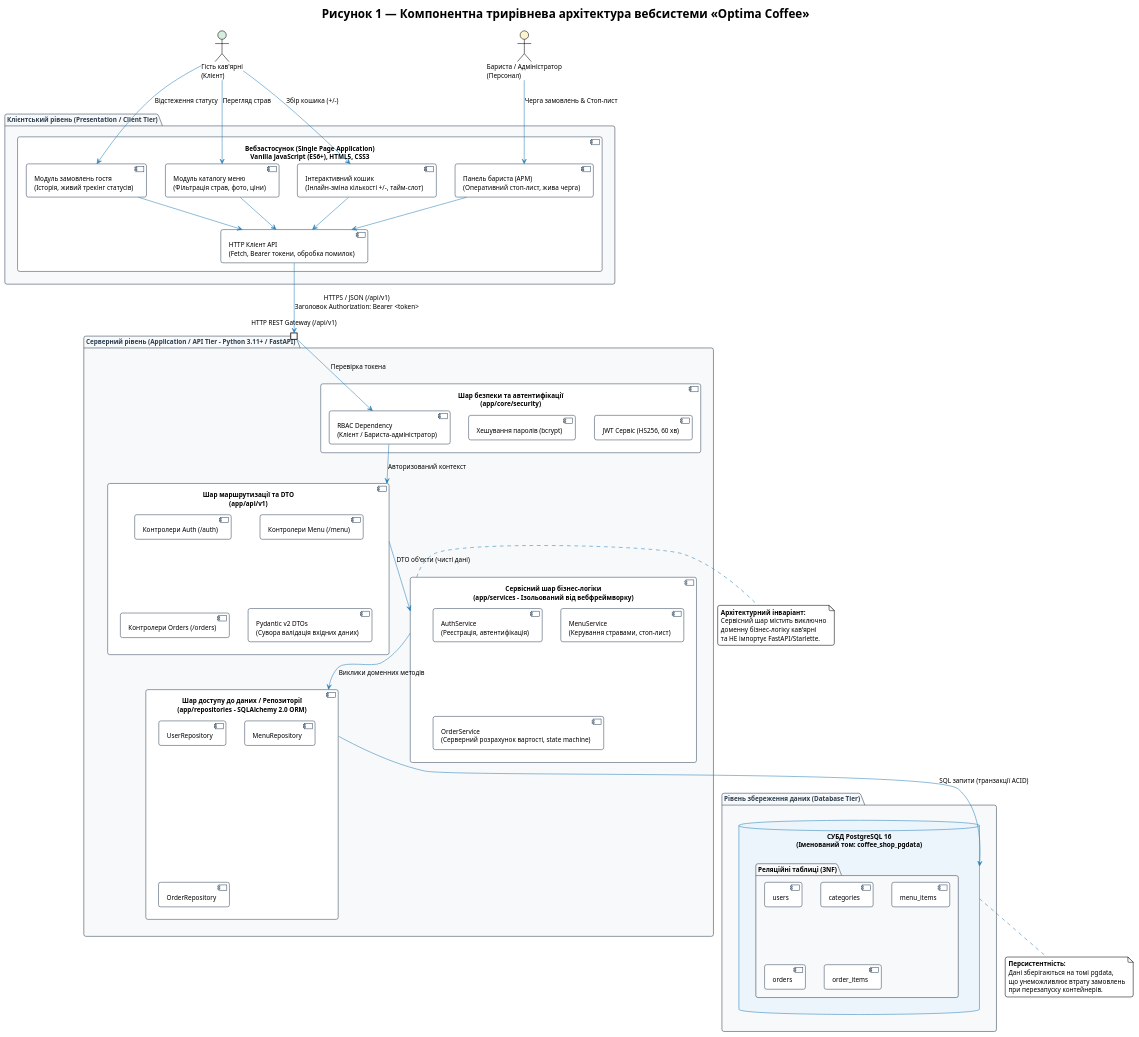
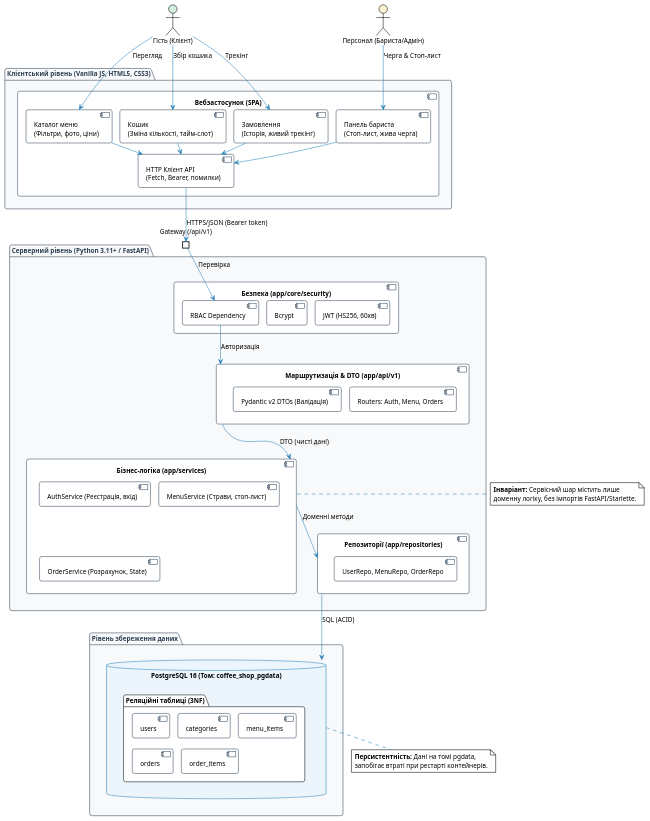
The diagram in project/docs/architecture.puml (anatolii-dotsenko/optima-practice), drawn with PlantUML before and after one commit. The commit also changed 1 other file, not shown here.

Commit message:
refactor: compact notation and clean up PlantUML diagrams

```diff
--- a/project/docs/architecture.puml
+++ b/project/docs/architecture.puml
@@ -1,119 +1,117 @@
 @startuml architecture
 !theme plain
-title Рисунок 1 — Компонентна трирівнева архітектура вебсистеми «Optima Coffee»
 
-skinparam componentStyle uml2
-skinparam monochrome false
-skinparam roundcorner 8
-skinparam shadowing false
-skinparam defaultFontName "Helvetica, Arial, sans-serif"
-skinparam defaultFontSize 12
-
-skinparam package {
+<style>
+root {
+    FontName Helvetica, Arial, sans-serif
+    FontSize 12
+    Shadowing 0
+}
+element {
+    RoundCorner 8
+}
+package {
     BackgroundColor #F8F9FA
-    BorderColor #2C3E50
+    LineColor #2C3E50
     FontColor #2C3E50
     FontStyle bold
+    Padding 5
 }
+component {
+    BackgroundColor #FFFFFF
+    LineColor #34495E
+    Padding 2
+    Margin 5
+}
+database {
+    BackgroundColor #EBF5FB
+    LineColor #2980B9
+    Padding 5
+}
+arrow {
+    LineColor #2980B9
+}
+note {
+    Padding 5
+}
+</style>
 
-skinparam component {
-    BackgroundColor #FFFFFF
-    BorderColor #34495E
-    ArrowColor #2980B9
-}
+' Налаштування рушія Graphviz для мінімізації відступів
+skinparam componentStyle uml2
+skinparam nodesep 15
+skinparam ranksep 20
 
-skinparam database {
-    BackgroundColor #EBF5FB
-    BorderColor #2980B9
-}
+actor "Гість (Клієнт)" as Customer #D4EFDF
+actor "Персонал (Бариста/Адмін)" as Barista #FCF3CF
 
-actor "Гість кав'ярні\n(Клієнт)" as Customer #D4EFDF
-actor "Бариста / Адміністратор\n(Персонал)" as Barista #FCF3CF
-
-package "Клієнтський рівень (Presentation / Client Tier)" {
-    component "Вебзастосунок (Single Page Application)\nVanilla JavaScript (ES6+), HTML5, CSS3" as SPA {
-        component [Модуль каталогу меню\n(Фільтрація страв, фото, ціни)] as MenuUI
-        component [Інтерактивний кошик\n(Інлайн-зміна кількості +/-, тайм-слот)] as CartUI
-        component [Модуль замовлень гостя\n(Історія, живий трекінг статусів)] as OrdersUI
-        component [Панель бариста (АРМ)\n(Оперативний стоп-лист, жива черга)] as AdminUI
-        component [HTTP Клієнт API\n(Fetch, Bearer токени, обробка помилок)] as ApiClient
+package "Клієнтський рівень (Vanilla JS, HTML5, CSS3)" {
+    component "Вебзастосунок (SPA)" as SPA {
+        component "Каталог меню\n(Фільтри, фото, ціни)" as MenuUI
+        component "Кошик\n(Зміна кількості, тайм-слот)" as CartUI
+        component "Замовлення\n(Історія, живий трекінг)" as OrdersUI
+        component "Панель бариста\n(Стоп-лист, жива черга)" as AdminUI
+        component "HTTP Клієнт API\n(Fetch, Bearer, помилки)" as ApiClient
     }
 }
 
-package "Серверний рівень (Application / API Tier - Python 3.11+ / FastAPI)" {
-    portin "HTTP REST Gateway (/api/v1)" as Gateway
+package "Серверний рівень (Python 3.11+ / FastAPI)" {
+    portin "Gateway (/api/v1)" as Gateway
     
-    component "Шар безпеки та автентифікації\n(app/core/security)" as SecurityLayer {
-        component [JWT Сервіс (HS256, 60 хв)] as JWTModule
-        component [Хешування паролів (bcrypt)] as BcryptModule
-        component [RBAC Dependency\n(Клієнт / Бариста-адміністратор)] as RBACModule
+    component "Безпека (app/core/security)" as SecurityLayer {
+        component "JWT (HS256, 60хв)" as JWTModule
+        component "Bcrypt" as BcryptModule
+        component "RBAC Dependency" as RBACModule
     }
-
-    component "Шар маршрутизації та DTO\n(app/api/v1)" as ApiLayer {
-        component [Контролери Auth (/auth)] as AuthRouter
-        component [Контролери Menu (/menu)] as MenuRouter
-        component [Контролери Orders (/orders)] as OrderRouter
-        component [Pydantic v2 DTOs\n(Сувора валідація вхідних даних)] as DTOValidation
+    component "Маршрутизація & DTO (app/api/v1)" as ApiLayer {
+        component "Routers: Auth, Menu, Orders" as Routers
+        component "Pydantic v2 DTOs (Валідація)" as DTOValidation
     }
-
-    component "Сервісний шар бізнес-логіки\n(app/services - Ізольований від вебфреймворку)" as ServiceLayer {
-        component [AuthService\n(Реєстрація, автентифікація)] as AuthService
-        component [MenuService\n(Керування стравами, стоп-лист)] as MenuService
-        component [OrderService\n(Серверний розрахунок вартості, state machine)] as OrderService
+    component "Бізнес-логіка (app/services)" as ServiceLayer {
+        component "AuthService (Реєстрація, вхід)" as AuthService
+        component "MenuService (Страви, стоп-лист)" as MenuService
+        component "OrderService (Розрахунок, State)" as OrderService
     }
-
-    component "Шар доступу до даних / Репозиторії\n(app/repositories - SQLAlchemy 2.0 ORM)" as RepoLayer {
-        component [UserRepository] as UserRepo
-        component [MenuRepository] as MenuRepo
-        component [OrderRepository] as OrderRepo
+    component "Репозиторії (app/repositories)" as RepoLayer {
+        component "UserRepo, MenuRepo, OrderRepo" as Repos
     }
 }
 
-package "Рівень збереження даних (Database Tier)" {
-    database "СУБД PostgreSQL 16\n(Іменований том: coffee_shop_pgdata)" as Database {
+package "Рівень збереження даних" {
+    database "PostgreSQL 16 (Том: coffee_shop_pgdata)" as Database {
         folder "Реляційні таблиці (3NF)" {
-            [users]
-            [categories]
-            [menu_items]
-            [orders]
-            [order_items]
+            component "users"
+            component "categories"
+            component "menu_items"
+            component "orders"
+            component "order_items"
         }
     }
 }
 
-' Зв'язки взаємодії користувачів з інтерфейсом
-Customer --> MenuUI : Перегляд страв
-Customer --> CartUI : Збір кошика (+/-)
-Customer --> OrdersUI : Відстеження статусу
-Barista --> AdminUI : Черга замовлень & Стоп-лист
+Customer --> MenuUI : Перегляд
+Customer --> CartUI : Збір кошика
+Customer --> OrdersUI : Трекінг
+Barista --> AdminUI : Черга & Стоп-лист
 
-' Зв'язок фронтенду через API-клієнт
 MenuUI --> ApiClient
 CartUI --> ApiClient
 OrdersUI --> ApiClient
 AdminUI --> ApiClient
 
-ApiClient --> Gateway : HTTPS / JSON (/api/v1)\nЗаголовок Authorization: Bearer <token>
-
-' Потік всередині бекенду (суворо односпрямований)
-Gateway --> RBACModule : Перевірка токена
-RBACModule --> ApiLayer : Авторизований контекст
-ApiLayer --> ServiceLayer : DTO об'єкти (чисті дані)
-ServiceLayer --> RepoLayer : Виклики доменних методів
-RepoLayer --> Database : SQL запити (транзакції ACID)
+ApiClient --> Gateway : HTTPS/JSON (Bearer token)
+Gateway --> RBACModule : Перевірка
+RBACModule --> ApiLayer : Авторизація
+ApiLayer --> ServiceLayer : DTO (чисті дані)
+ServiceLayer --> RepoLayer : Доменні методи
+RepoLayer --> Database : SQL (ACID)
 
 note right of ServiceLayer
-  <b>Архітектурний інваріант:</b>
-  Сервісний шар містить виключно
-  доменну бізнес-логіку кав'ярні
-  та НЕ імпортує FastAPI/Starlette.
+  <b>Інваріант:</b> Сервісний шар містить лише
+  доменну логіку, без імпортів FastAPI/Starlette.
 end note
 
 note bottom of Database
-  <b>Персистентність:</b>
-  Дані зберігаються на томі pgdata,
-  що унеможливлює втрату замовлень
-  при перезапуску контейнерів.
+  <b>Персистентність:</b> Дані на томі pgdata,
+  запобігає втраті при рестарті контейнерів.
 end note
-
 @enduml
```
